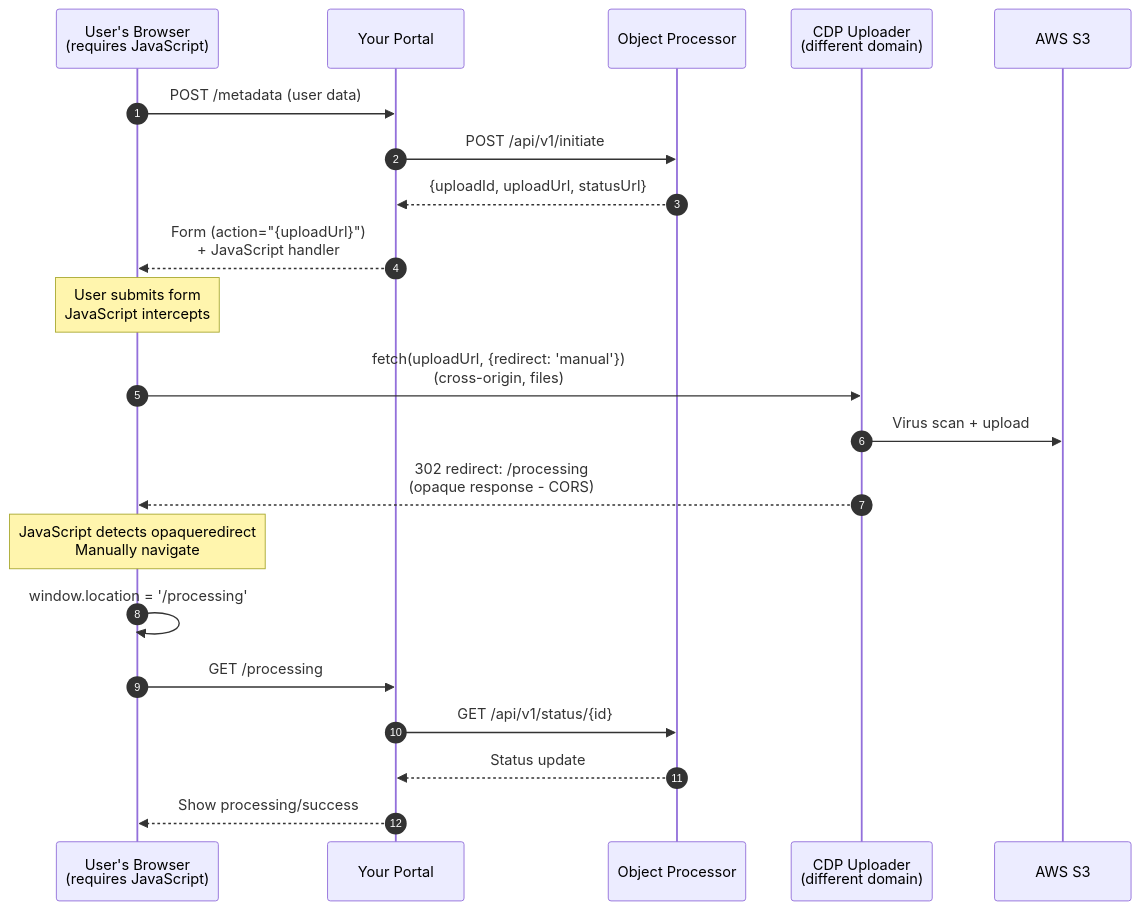
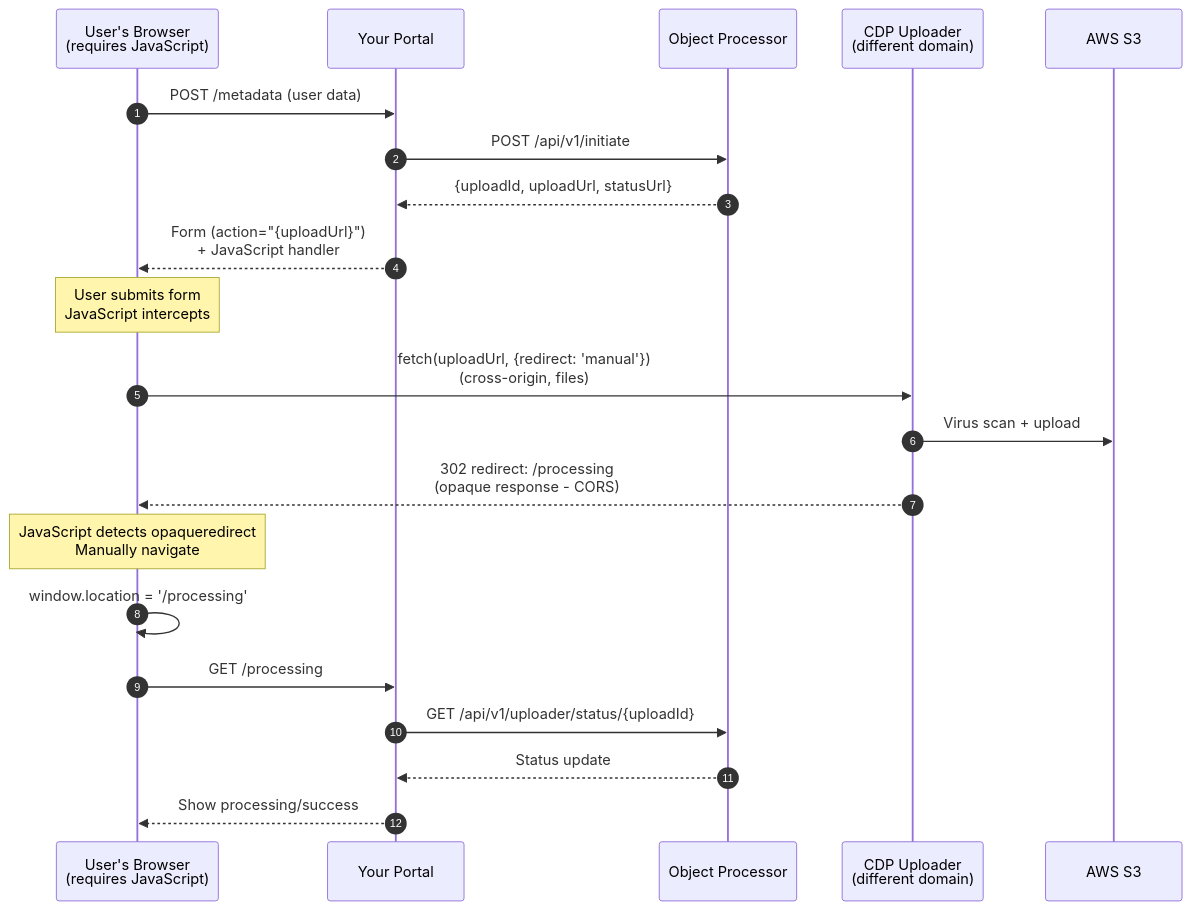
One commit to DEFRA/fcp-sfd-portal-stub changed the third of 3 diagrams in README.md. Above: the diagram before and after it, drawn with Mermaid. The commit also changed other lines of this file and 3 other files, not shown here.

Commit message:
fix: replace stub /api/v1/status/{correlationId} with /api/v1/uploader/status/{uploadId}

````diff
--- a/README.md
+++ b/README.md
@@ -393,26 +393,26 @@
 ```mermaid
 sequenceDiagram
     autonumber
     participant Browser as User's Browser<br/>(requires JavaScript)
     participant Portal as Your Portal
     participant Processor as Object Processor
     participant Uploader as CDP Uploader<br/>(different domain)
     participant S3 as AWS S3
 
     Browser->>Portal: POST /metadata (user data)
     Portal->>Processor: POST /api/v1/initiate
     Processor-->>Portal: {uploadId, uploadUrl, statusUrl}
     Portal-->>Browser: Form (action="{uploadUrl}")<br/>+ JavaScript handler
     
     Note over Browser: User submits form<br/>JavaScript intercepts
     Browser->>Uploader: fetch(uploadUrl, {redirect: 'manual'})<br/>(cross-origin, files)
     Uploader->>S3: Virus scan + upload
     Uploader-->>Browser: 302 redirect: /processing<br/>(opaque response - CORS)
     
     Note over Browser: JavaScript detects opaqueredirect<br/>Manually navigate
     Browser->>Browser: window.location = '/processing'
     Browser->>Portal: GET /processing
-    Portal->>Processor: GET /api/v1/status/{id}
+    Portal->>Processor: GET /api/v1/uploader/status/{uploadId}
     Processor-->>Portal: Status update
     Portal-->>Browser: Show processing/success
 ```
````
